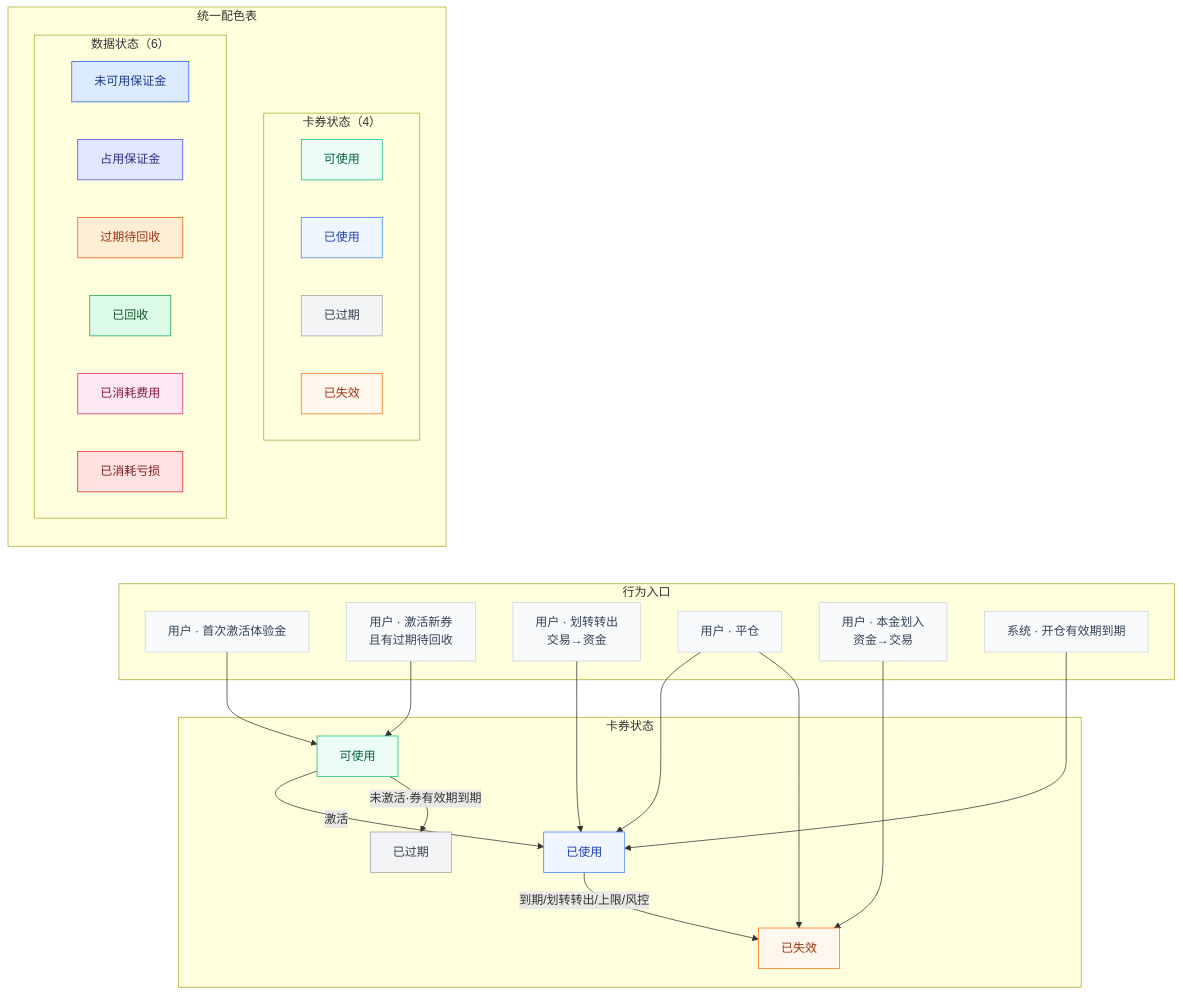
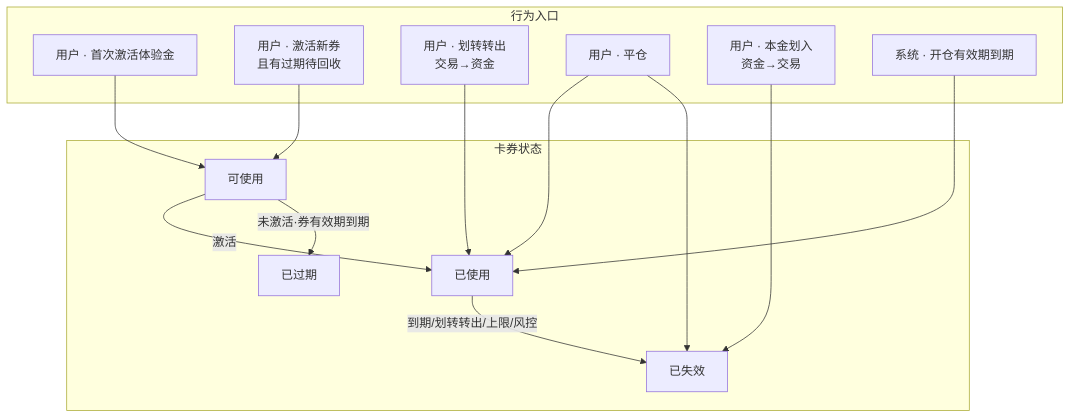
The diagram in perp_dex/流程图/体验金回收机制v2.mmd (DashuaibiZZY/prototype), drawn with Mermaid before and after one commit. The commit also changed 5 other files, not shown here.

```diff
--- a/perp_dex/流程图/体验金回收机制v2.mmd
+++ b/perp_dex/流程图/体验金回收机制v2.mmd
@@ -1,78 +1,28 @@
 flowchart TB
-    subgraph LEGEND["统一配色表"]
-        direction TB
-        subgraph L_C["卡券状态（4）"]
-            direction LR
-            LC1["可使用"]
-            LC2["已使用"]
-            LC3["已过期"]
-            LC4["已失效"]
-        end
-        subgraph L_D["数据状态（6）"]
-            direction LR
-            LD1["未可用保证金"]
-            LD2["占用保证金"]
-            LD3["过期待回收"]
-            LD4["已回收"]
-            LD5["已消耗费用"]
-            LD6["已消耗亏损"]
-        end
-    end
-
     subgraph 行为入口
         U1[用户 · 首次激活体验金]
         U2[用户 · 激活新券<br/>且有过期待回收]
         U3[用户 · 划转转出<br/>交易→资金]
         U4[用户 · 平仓]
         U5[用户 · 本金划入<br/>资金→交易]
         S1[系统 · 开仓有效期到期]
     end
 
     subgraph 卡券状态
         S0[可使用]
         S2u[已使用]
         S2e[已过期]
         S2x[已失效]
     end
 
-    LEGEND ~~~ 行为入口
-
     U1 --> S0
     U2 --> S0
     U3 --> S2u
     U4 --> S2u
     U4 --> S2x
     U5 --> S2x
     S1 --> S2u
 
     S0 -->|激活| S2u
     S0 -->|未激活·券有效期到期| S2e
     S2u -->|到期/划转转出/上限/风控| S2x
-
-    classDef cAvail fill:#ecfdf5,stroke:#10b981,color:#065f46
-    classDef cUsed fill:#eff6ff,stroke:#3b82f6,color:#1e40af
-    classDef cExpired fill:#f3f4f6,stroke:#9ca3af,color:#374151
-    classDef cInvalid fill:#fff7ed,stroke:#f97316,color:#9a3412
-    classDef dAvail fill:#dbeafe,stroke:#2563eb,color:#1e3a8a
-    classDef dOcc fill:#e0e7ff,stroke:#4f46e5,color:#312e81
-    classDef dPending fill:#ffedd5,stroke:#ea580c,color:#9a3412
-    classDef dReclaimed fill:#dcfce7,stroke:#16a34a,color:#14532d
-    classDef dFee fill:#fce7f3,stroke:#db2777,color:#831843
-    classDef dLoss fill:#fee2e2,stroke:#dc2626,color:#7f1d1d
-    classDef neutral fill:#f8fafc,stroke:#cbd5e1,color:#334155
-
-    class LC1 cAvail
-    class LC2 cUsed
-    class LC3 cExpired
-    class LC4 cInvalid
-    class LD1 dAvail
-    class LD2 dOcc
-    class LD3 dPending
-    class LD4 dReclaimed
-    class LD5 dFee
-    class LD6 dLoss
-    class S0 cAvail
-    class S2u cUsed
-    class S2e cExpired
-    class S2x cInvalid
-    class U1,U2,U3,U4,U5,S1 neutral
```
